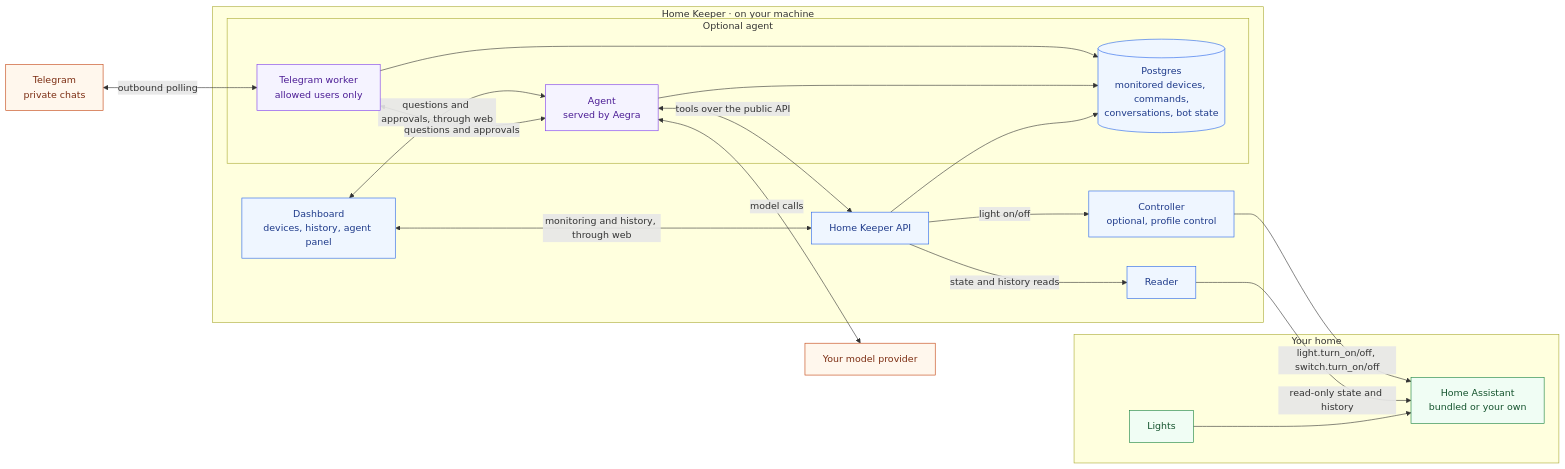
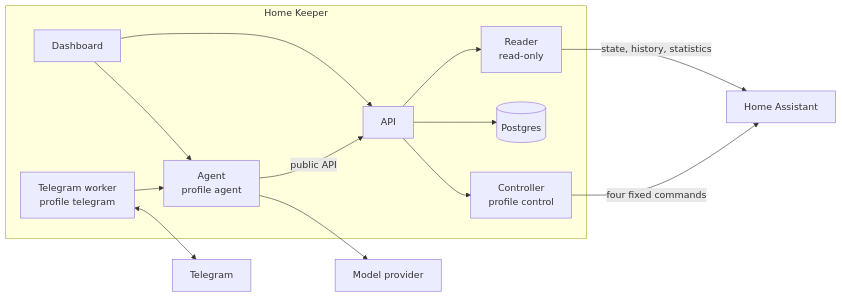
Before and after one commit to alitaghub/home-keeper: the diagram in README.md, drawn with Mermaid. The commit also changed other lines of this file and 13 other files, not shown here.

````diff
--- a/README.md
+++ b/README.md
@@ -21,43 +92,26 @@
 ```mermaid
 flowchart LR
-    subgraph home["Your home"]
-        lights["Lights"] --> ha["Home Assistant<br/>bundled or your own"]
+    ha["Home Assistant"]
+
+    subgraph keeper["Home Keeper"]
+        reader["Reader<br/>read-only"]
+        api["API"]
+        db[("Postgres")]
+        web["Dashboard"]
+        controller["Controller<br/>profile control"]
+        agent["Agent<br/>profile agent"]
+        bot["Telegram worker<br/>profile telegram"]
     end
 
-    subgraph keeper["Home Keeper · on your machine"]
-        reader["Reader"]
-        api["Home Keeper API"]
-        db[("Postgres<br/>monitored devices, commands,<br/>conversations, bot state")]
-        dashboard["Dashboard<br/>devices, history, agent panel"]
-        api -- "state and history reads" --> reader
-        dashboard <-->|"monitoring and history, through web"| api
-        api --> db
-        controller["Controller<br/>optional, profile control"]
-        api -- "light on/off" --> controller
-
-        subgraph optional["Optional agent"]
-            agent["Agent<br/>served by Aegra"]
-            bot["Telegram worker<br/>allowed users only"]
-            bot <-->|"questions and approvals"| agent
-            agent --> db
-            bot --> db
-        end
-
-        agent <-->|"tools over the public API"| api
-        dashboard <-->|"questions and approvals, through web"| agent
-    end
-
-    reader -- "read-only state and history" --> ha
-    controller -- "light.turn_on/off, switch.turn_on/off" --> ha
-    telegram["Telegram<br/>private chats"] <-->|"outbound polling"| bot
-    agent <-->|"model calls"| model["Your model provider"]
-
-    classDef homeNode fill:#f0fdf4,stroke:#15803d,color:#14532d
-    classDef keeperNode fill:#eff6ff,stroke:#2563eb,color:#1e3a8a
-    classDef agentNode fill:#f5f3ff,stroke:#7c3aed,color:#4c1d95
-    classDef externalNode fill:#fff7ed,stroke:#c2410c,color:#7c2d12
-    class lights,ha homeNode
-    class reader,api,db,dashboard,controller keeperNode
-    class agent,bot agentNode
-    class telegram,model externalNode
+    reader -- "state, history, statistics" --> ha
+    controller -- "four fixed commands" --> ha
+    api --> reader
+    api --> controller
+    api --> db
+    web --> api
+    web --> agent
+    agent -- "public API" --> api
+    bot --> agent
+    agent --> model["Model provider"]
+    bot <--> telegram["Telegram"]
 ```
````
